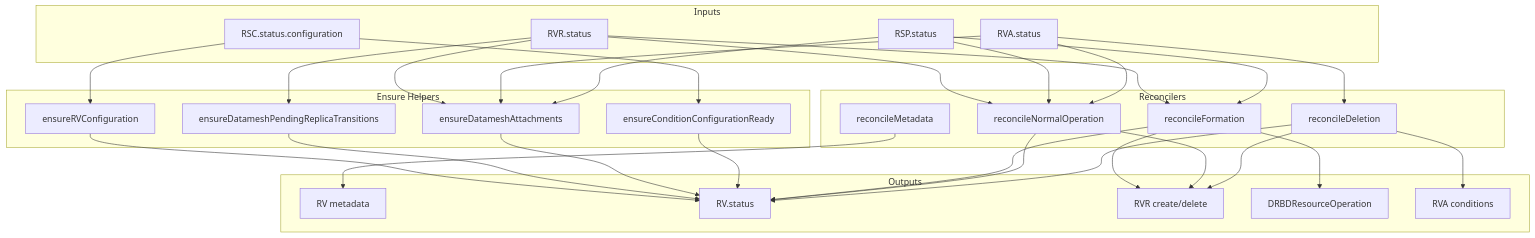
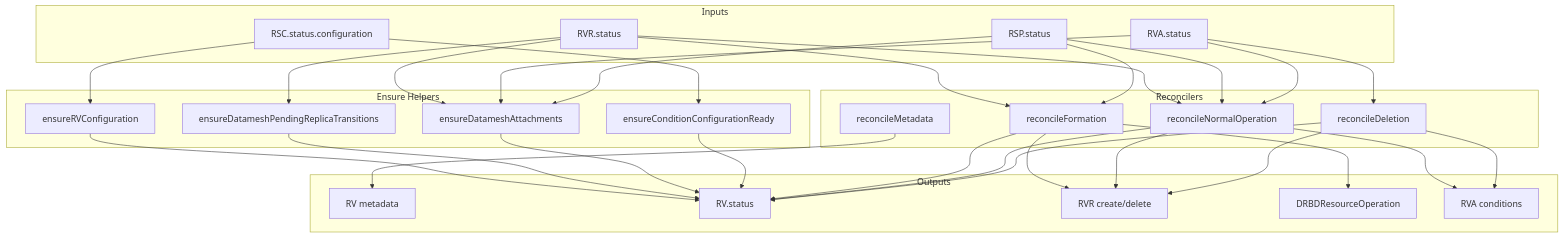
Before and after one commit to deckhouse/sds-replicated-volume: the second of 13 diagrams in images/controller/internal/controllers/rv_controller/README.md, drawn with Mermaid. The commit also changed other lines of this file and 14 other files, not shown here.

````diff
--- a/images/controller/internal/controllers/rv_controller/README.md
+++ b/images/controller/internal/controllers/rv_controller/README.md
@@ -300,58 +351,59 @@
 ```mermaid
 flowchart TD
     subgraph inputs [Inputs]
         RSCStatus[RSC.status.configuration]
         RSP[RSP.status]
         RVRStatus[RVR.status]
         RVAStatus[RVA.status]
     end
 
     subgraph reconcilers [Reconcilers]
         ReconcileMeta[reconcileMetadata]
         ReconcileFormation[reconcileFormation]
         ReconcileNormalOp[reconcileNormalOperation]
         ReconcileDeletion[reconcileDeletion]
     end
 
     subgraph ensures [Ensure Helpers]
         EnsureConfig[ensureRVConfiguration]
         EnsurePending[ensureDatameshPendingReplicaTransitions]
         EnsureAttachments[ensureDatameshAttachments]
         EnsureCondConfig[ensureConditionConfigurationReady]
     end
 
     subgraph outputs [Outputs]
         RVMeta[RV metadata]
         RVStatus[RV.status]
         RVRManaged[RVR create/delete]
         DRBDROp[DRBDResourceOperation]
         RVAConditions[RVA conditions]
     end
 
     RSCStatus --> EnsureConfig
     RSCStatus --> EnsureCondConfig
     RVRStatus --> EnsurePending
     RVRStatus --> ReconcileFormation
     RSP --> ReconcileFormation
     RVRStatus --> ReconcileNormalOp
     RSP --> ReconcileNormalOp
     RVAStatus --> ReconcileNormalOp
     RVAStatus --> ReconcileDeletion
     RVRStatus --> EnsureAttachments
     RVAStatus --> EnsureAttachments
     RSP --> EnsureAttachments
 
     ReconcileMeta --> RVMeta
     EnsureConfig --> RVStatus
     EnsurePending --> RVStatus
     EnsureAttachments --> RVStatus
     EnsureCondConfig --> RVStatus
     ReconcileFormation --> RVStatus
     ReconcileFormation --> RVRManaged
     ReconcileFormation --> DRBDROp
     ReconcileNormalOp --> RVStatus
     ReconcileNormalOp --> RVRManaged
+    ReconcileNormalOp --> RVAConditions
     ReconcileDeletion --> RVAConditions
     ReconcileDeletion --> RVRManaged
     ReconcileDeletion --> RVStatus
 ```
````
